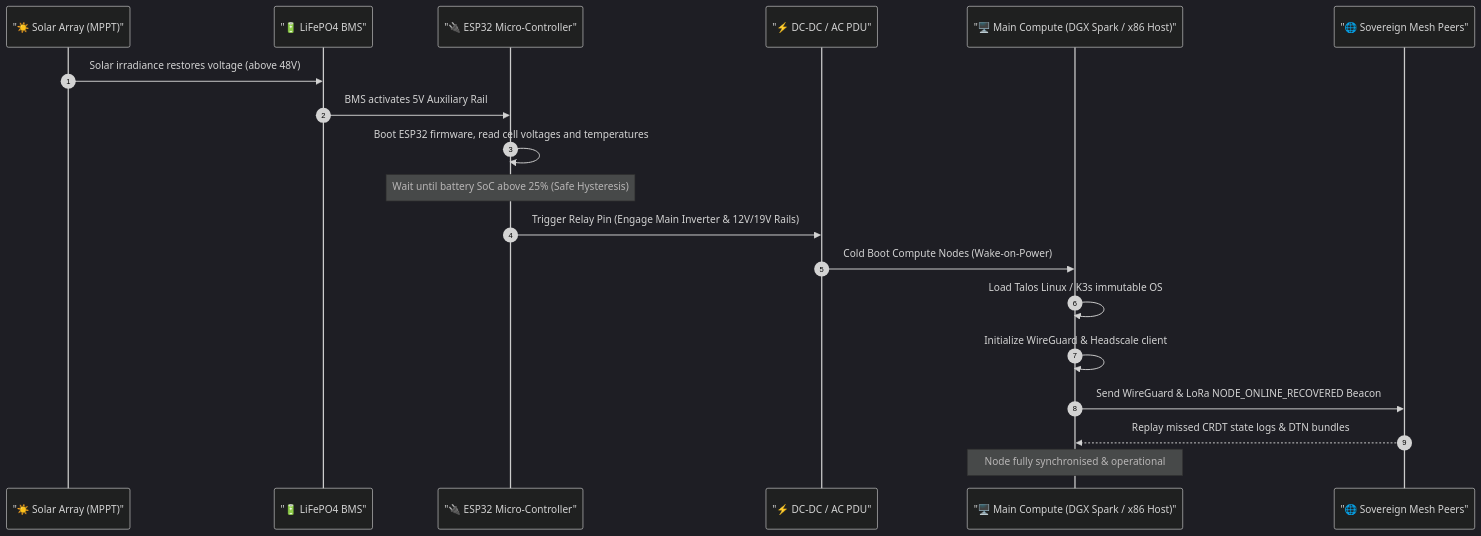
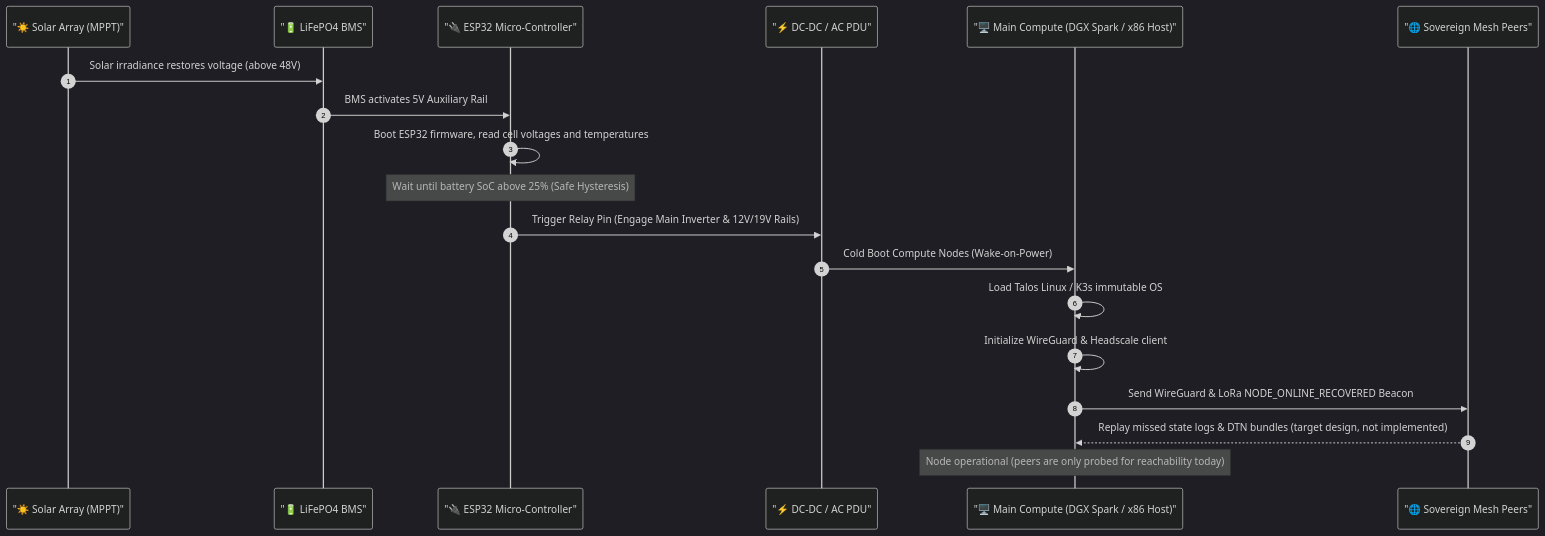
One commit to iliachry/sovereign-mini-datacenter changed the fifth of 6 diagrams in ARCHITECTURE.md. Above: the diagram before and after it, drawn with Mermaid (dark theme). The commit also changed other lines of this file and 91 other files, not shown here.

````diff
--- a/ARCHITECTURE.md
+++ b/ARCHITECTURE.md
@@ -314,22 +326,22 @@
 ```mermaid
 sequenceDiagram
     autonumber
     participant Sun as "☀️ Solar Array (MPPT)"
     participant BMS as "🔋 LiFePO4 BMS"
     participant ESP as "🔌 ESP32 Micro-Controller"
     participant PDU as "⚡ DC-DC / AC PDU"
     participant Compute as "🖥️ Main Compute (DGX Spark / x86 Host)"
     participant Mesh as "🌐 Sovereign Mesh Peers"
 
     Sun->>BMS: Solar irradiance restores voltage (above 48V)
     BMS->>ESP: BMS activates 5V Auxiliary Rail
     ESP->>ESP: Boot ESP32 firmware, read cell voltages and temperatures
     Note over ESP: Wait until battery SoC above 25% (Safe Hysteresis)
     ESP->>PDU: Trigger Relay Pin (Engage Main Inverter & 12V/19V Rails)
     PDU->>Compute: Cold Boot Compute Nodes (Wake-on-Power)
     Compute->>Compute: Load Talos Linux / K3s immutable OS
     Compute->>Compute: Initialize WireGuard & Headscale client
     Compute->>Mesh: Send WireGuard & LoRa NODE_ONLINE_RECOVERED Beacon
-    Mesh-->>Compute: Replay missed CRDT state logs & DTN bundles
-    Note over Compute: Node fully synchronised & operational
+    Mesh-->>Compute: Replay missed state logs & DTN bundles (target design, not implemented)
+    Note over Compute: Node operational (peers are only probed for reachability today)
 ```
````
